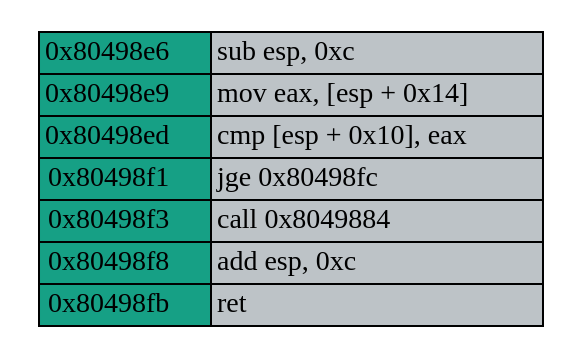
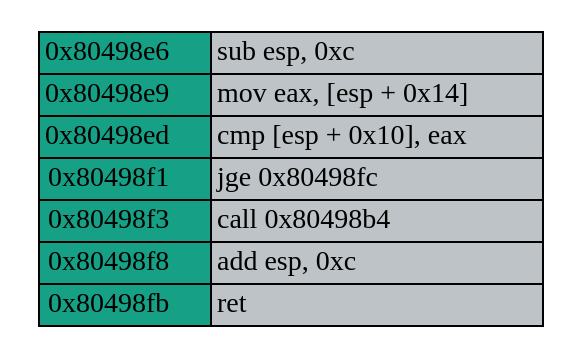
One commit to Nicolnegg/researh changed the diagram in VM/tools-paper/Examples/example-minus-a<b/function_cfg.dot. Above: the diagram before and after it, drawn with Graphviz. The commit also changed 30 other files, not shown here.

```diff
--- a/VM/tools-paper/Examples/example-minus-a<b/function_cfg.dot
+++ b/VM/tools-paper/Examples/example-minus-a<b/function_cfg.dot
@@ -1,16 +1,16 @@
 digraph G {
   node [shape=plaintext, ];
   937280693 [label=<<table border="0" cellspacing="0">
 <tr><td border="1" bgcolor="#16a085">0x80498e6</td><td border="1" bgcolor="#bdc3c7" align="left">sub esp, 0xc</td></tr>
 <tr><td border="1" bgcolor="#16a085">0x80498e9</td><td border="1" bgcolor="#bdc3c7" align="left">mov eax, [esp + 0x14]</td></tr>
 <tr><td border="1" bgcolor="#16a085">0x80498ed</td><td border="1" bgcolor="#bdc3c7" align="left">cmp [esp + 0x10], eax</td></tr>
 <tr><td border="1" bgcolor="#16a085">0x80498f1</td><td border="1" bgcolor="#bdc3c7" align="left">jge 0x80498fc</td></tr>
-<tr><td border="1" bgcolor="#16a085">0x80498f3</td><td border="1" bgcolor="#bdc3c7" align="left">call 0x8049884</td></tr>
+<tr><td border="1" bgcolor="#16a085">0x80498f3</td><td border="1" bgcolor="#bdc3c7" align="left">call 0x80498b4</td></tr>
 <tr><td border="1" bgcolor="#16a085">0x80498f8</td><td border="1" bgcolor="#bdc3c7" align="left">add esp, 0xc</td></tr>
 <tr><td border="1" bgcolor="#16a085">0x80498fb</td><td border="1" bgcolor="#bdc3c7" align="left">ret</td></tr>
 </table>>,
              ];
   
   
   
   }
```
